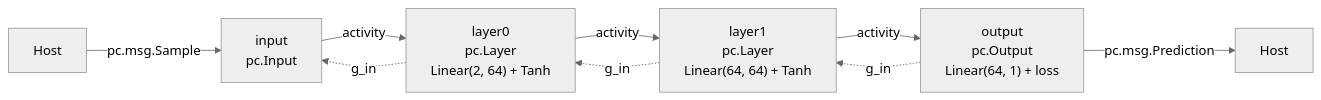
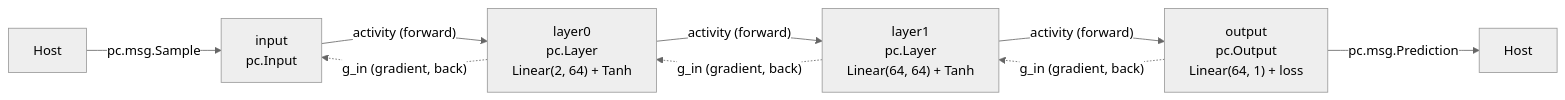
One commit to Geson-anko/mujou changed the diagram in docs/en/tutorial/5-learn-with-pc.md. Above: the diagram before and after it, drawn with Mermaid (neutral theme). The commit also changed other lines of this file and 49 other files, not shown here.

````diff
--- a/docs/en/tutorial/5-learn-with-pc.md
+++ b/docs/en/tutorial/5-learn-with-pc.md
@@ -49,11 +26,11 @@
 ```mermaid
 flowchart LR
     H1["Host"] -->|"pc.msg.Sample"| I["input<br/>pc.Input"]
-    I -->|"activity"| L0["layer0<br/>pc.Layer<br/>Linear(2, 64) + Tanh"]
-    L0 -->|"activity"| L1["layer1<br/>pc.Layer<br/>Linear(64, 64) + Tanh"]
-    L1 -->|"activity"| O["output<br/>pc.Output<br/>Linear(64, 1) + loss"]
+    I -->|"activity (forward)"| L0["layer0<br/>pc.Layer<br/>Linear(2, 64) + Tanh"]
+    L0 -->|"activity (forward)"| L1["layer1<br/>pc.Layer<br/>Linear(64, 64) + Tanh"]
+    L1 -->|"activity (forward)"| O["output<br/>pc.Output<br/>Linear(64, 1) + loss"]
     O -->|"pc.msg.Prediction"| H2["Host"]
-    O -.->|"g_in"| L1
-    L1 -.->|"g_in"| L0
-    L0 -.->|"g_in"| I
+    O -.->|"g_in (gradient, back)"| L1
+    L1 -.->|"g_in (gradient, back)"| L0
+    L0 -.->|"g_in (gradient, back)"| I
 ```
````
